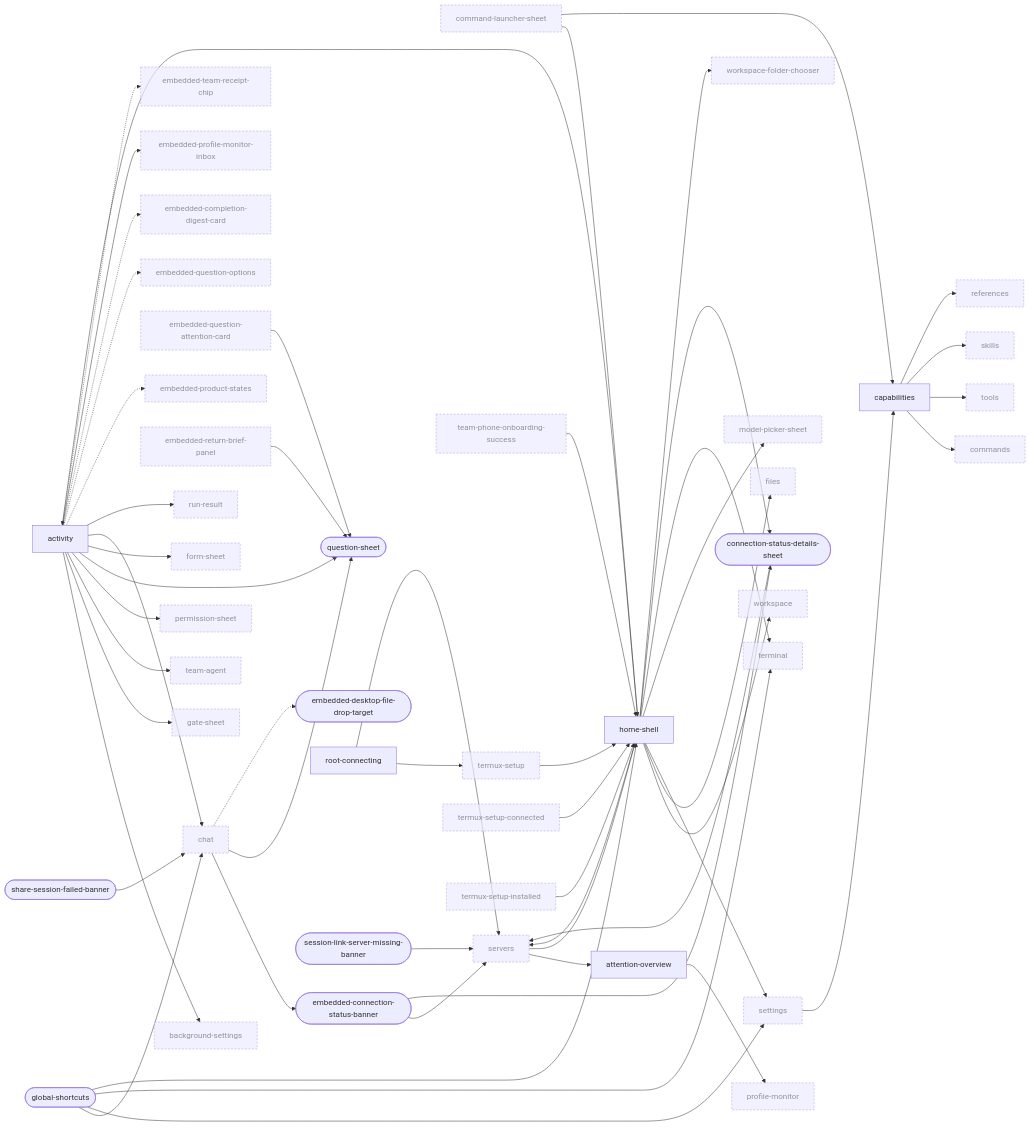
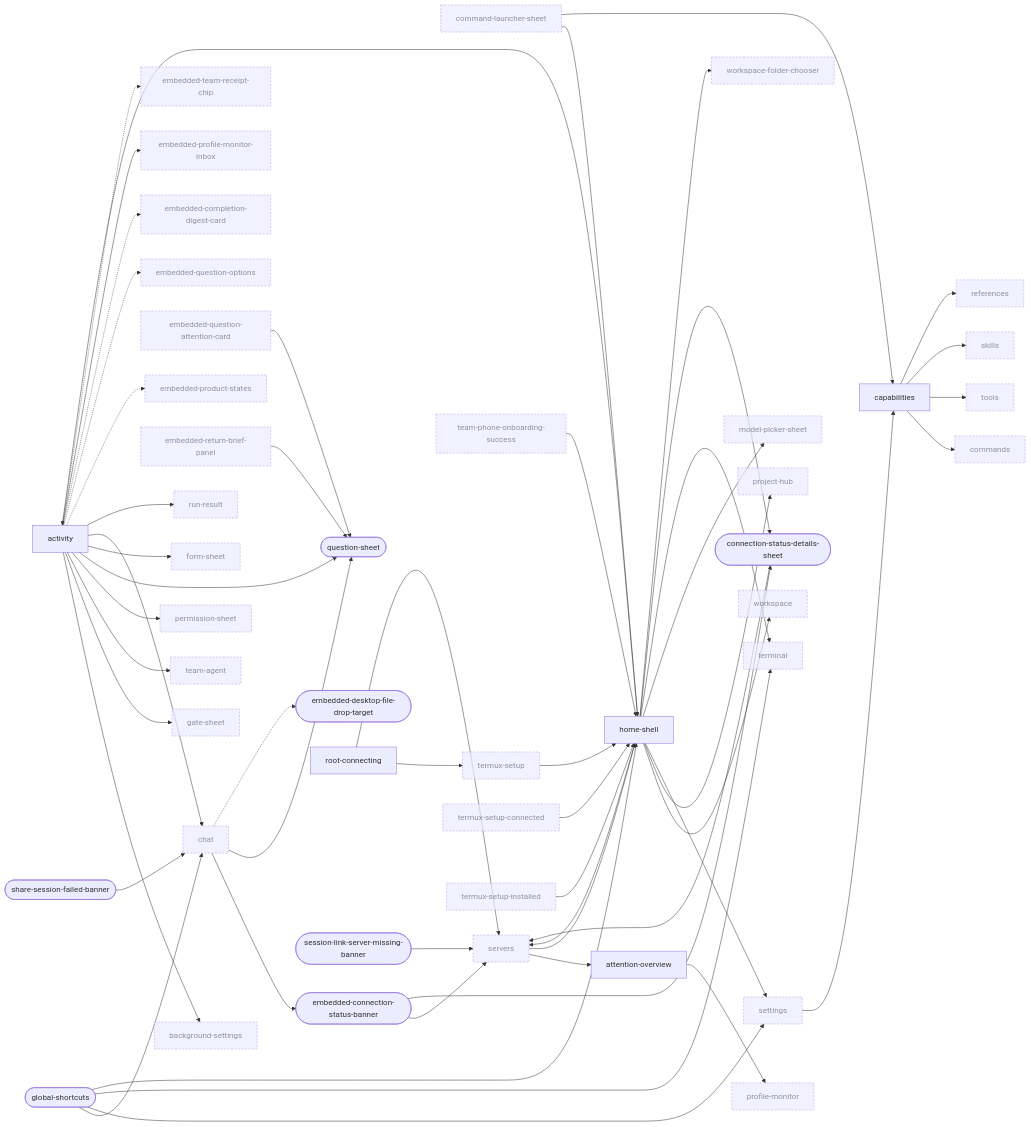
Before and after one commit to Breskott/opencode-mobile-next: the first of 10 diagrams in docs/design/ui-ledger/navigation.md, drawn with Mermaid. The commit also changed other lines of this file and 22 other files, not shown here.

```diff
--- a/docs/design/ui-ledger/navigation.md
+++ b/docs/design/ui-ledger/navigation.md
@@ -37,7 +37,6 @@
   embedded_question_options["embedded-question-options"]:::ext
   embedded_return_brief_panel["embedded-return-brief-panel"]:::ext
   embedded_team_receipt_chip["embedded-team-receipt-chip"]:::ext
-  files["files"]:::ext
   form_sheet["form-sheet"]:::ext
   gate_sheet["gate-sheet"]:::ext
   global_shortcuts(["global-shortcuts"])
@@ -45,6 +44,7 @@
   model_picker_sheet["model-picker-sheet"]:::ext
   permission_sheet["permission-sheet"]:::ext
   profile_monitor["profile-monitor"]:::ext
+  project_hub["project-hub"]:::ext
   question_sheet(["question-sheet"])
   references["references"]:::ext
   root_connecting["root-connecting"]
@@ -66,7 +66,7 @@
   root_connecting --> termux_setup
   root_connecting --> servers
   home_shell --> workspace
-  home_shell --> files
+  home_shell --> project_hub
   home_shell --> activity
   home_shell --> settings
   home_shell --> model_picker_sheet
```
